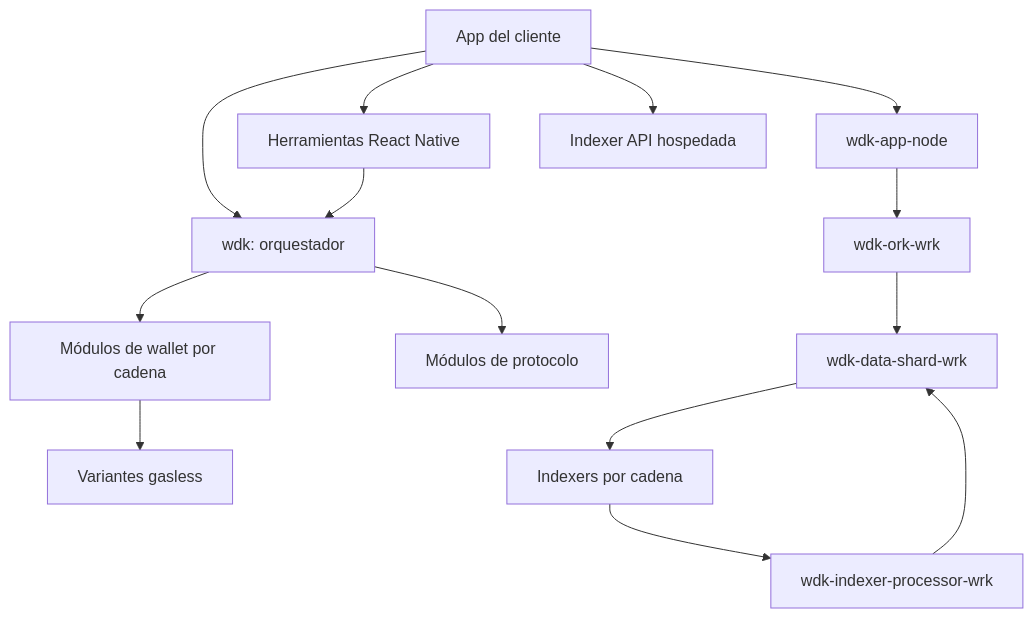
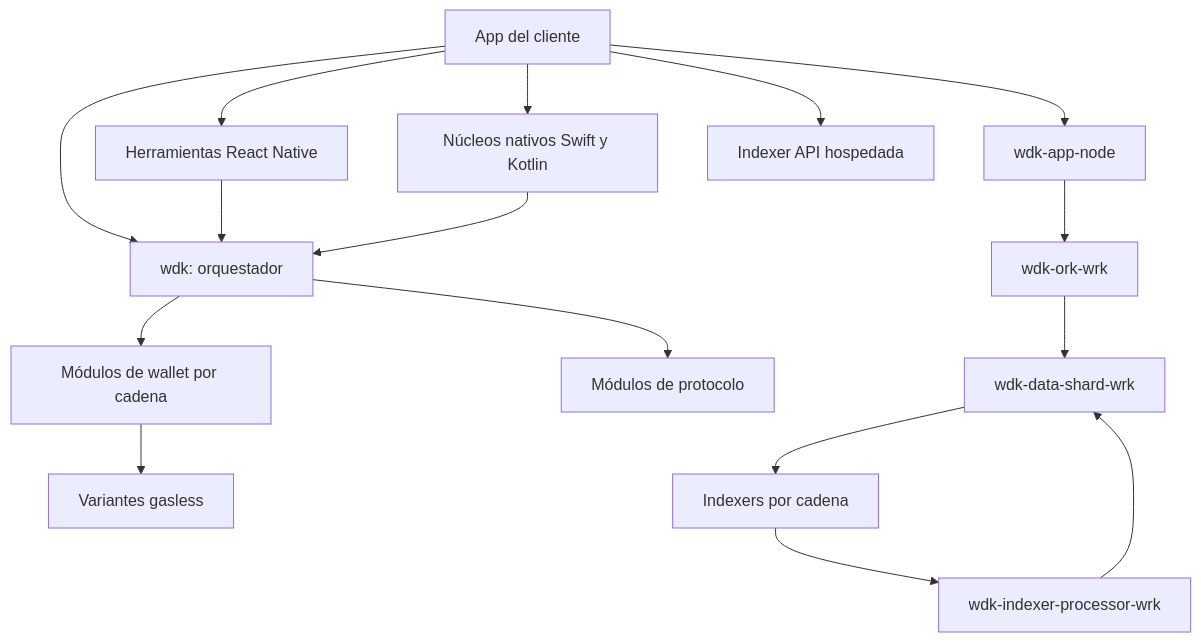
One commit to SpaceUY/wdk-vault changed the diagram in architecture-overview.md. Above: the diagram before and after it, drawn with Mermaid. The commit also changed other lines of this file and 20 other files, not shown here.

````diff
--- a/architecture-overview.md
+++ b/architecture-overview.md
@@ -13,16 +13,18 @@
 ```mermaid
 flowchart TD
     APP[App del cliente] --> CORE[wdk: orquestador]
     CORE --> WALLET[Módulos de wallet por cadena]
     WALLET --> GASLESS[Variantes gasless]
     CORE --> PROTO[Módulos de protocolo]
     APP --> RN[Herramientas React Native]
     RN --> CORE
+    APP --> NATIVE[Núcleos nativos Swift y Kotlin]
+    NATIVE --> CORE
     APP --> GW[wdk-app-node]
     GW --> ORK[wdk-ork-wrk]
     ORK --> SHARD[wdk-data-shard-wrk]
     SHARD --> IDX[Indexers por cadena]
     IDX --> PROC[wdk-indexer-processor-wrk]
     PROC --> SHARD
     APP --> API[Indexer API hospedada]
 ```
````
